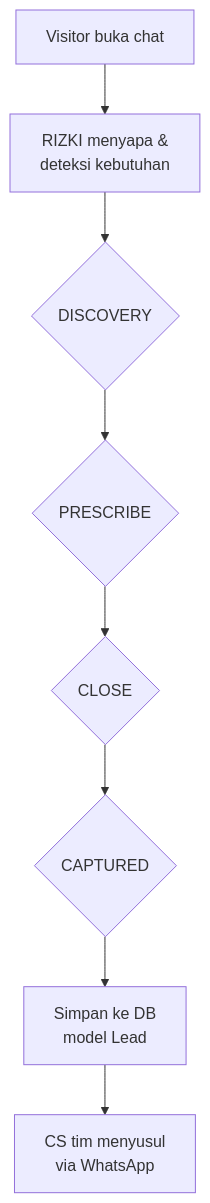
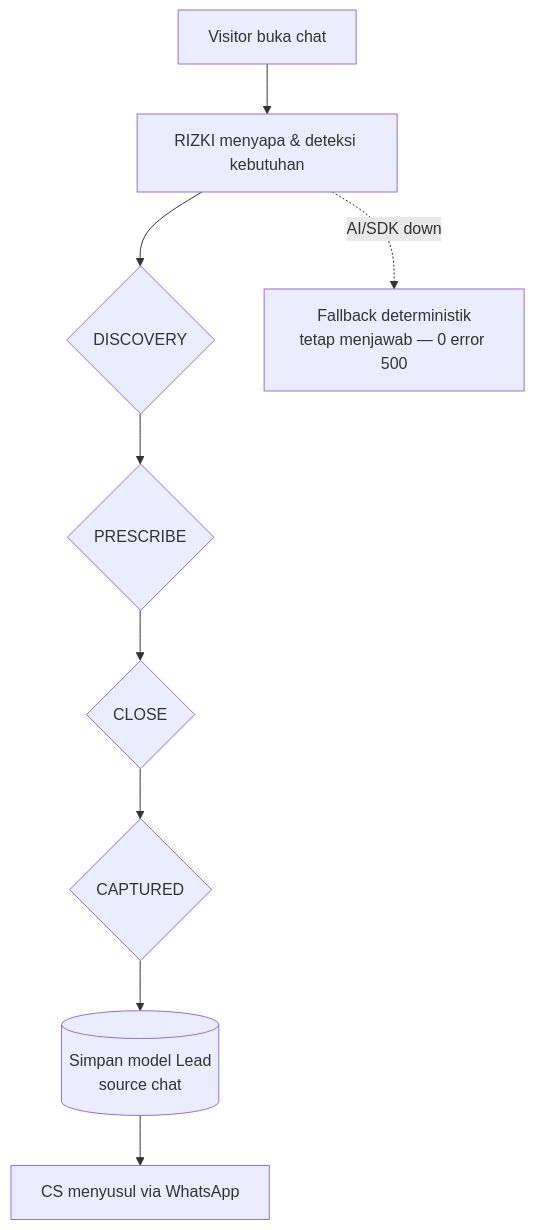
One commit to prabudanling/pusatperizinan changed the fourth of 4 diagrams in README.md. Above: the diagram before and after it, drawn with Mermaid. The commit also changed other lines of this file and 1 other file, not shown here.

````diff
--- a/README.md
+++ b/README.md
@@ -142,10 +334,8 @@
 ```mermaid
 flowchart TD
-    A[Visitor buka chat] --> B[RIZKI menyapa &<br/>deteksi kebutuhan]
-    B --> C{DISCOVERY}
-    C --> D{PRESCRIBE}
-    D --> E{CLOSE}
-    E --> F{CAPTURED}
-    F --> G[Simpan ke DB<br/>model Lead]
-    G --> H[CS tim menyusul<br/>via WhatsApp]
+    A[Visitor buka chat] --> B[RIZKI menyapa & deteksi kebutuhan]
+    B --> C{DISCOVERY} --> D{PRESCRIBE} --> E{CLOSE} --> F{CAPTURED}
+    F --> G[(Simpan model Lead<br/>source chat)]
+    G --> H[CS menyusul via WhatsApp]
+    B -.AI/SDK down.-> I[Fallback deterministik<br/>tetap menjawab — 0 error 500]
 ```
````
